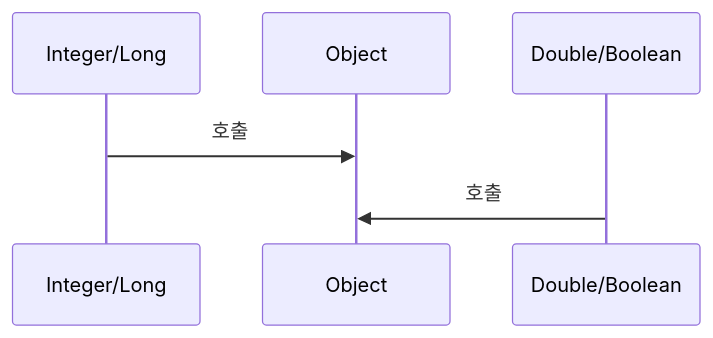
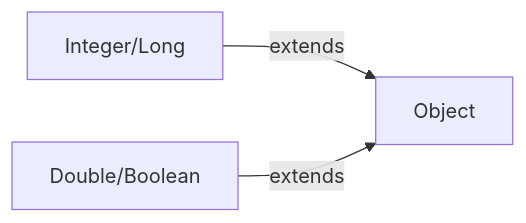
One commit to yjkim2015/yjkim2015.github.io changed the first of 4 diagrams in _posts/java/2026-05-01-java-wrapper-class.md. Above: the diagram before and after it, drawn with Mermaid. The commit also changed other lines of this file and 84 other files, not shown here.

First line of the commit message:
85개 포스트 Mermaid 다이어그램 규칙 일괄 수정

````diff
--- a/_posts/java/2026-05-01-java-wrapper-class.md
+++ b/_posts/java/2026-05-01-java-wrapper-class.md
@@ -22,5 +22,5 @@
 ```mermaid
-sequenceDiagram
-    Integer/Long->>Object: 호출
-    Double/Boolean->>Object: 호출
+graph LR
+    IL["Integer/Long"] -->|"extends"| OBJ["Object"]
+    DB["Double/Boolean"] -->|"extends"| OBJ
 ```
````
